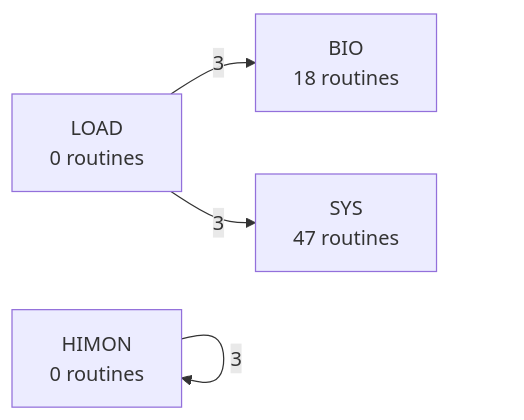
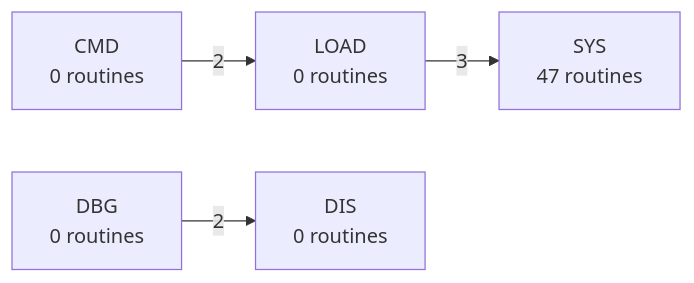
One commit to 95westus/R-YORS changed the fourth of 7 diagrams in DOC/GENERATED/ROUTINE_PREFIX_MAP.md. Above: the diagram before and after it, drawn with Mermaid. The commit also changed other lines of this file and 243 other files, not shown here.

````diff
--- a/DOC/GENERATED/ROUTINE_PREFIX_MAP.md
+++ b/DOC/GENERATED/ROUTINE_PREFIX_MAP.md
@@ -64,6 +64,6 @@
 ```mermaid
 flowchart LR
-    P_HIMON["HIMON<br/>0 routines"] -->|3| P_HIMON["HIMON<br/>0 routines"]
-    P_LOAD["LOAD<br/>0 routines"] -->|3| P_BIO["BIO<br/>18 routines"]
     P_LOAD["LOAD<br/>0 routines"] -->|3| P_SYS["SYS<br/>47 routines"]
+    P_CMD["CMD<br/>0 routines"] -->|2| P_LOAD["LOAD<br/>0 routines"]
+    P_DBG["DBG<br/>0 routines"] -->|2| P_DIS["DIS<br/>0 routines"]
 ```
````
